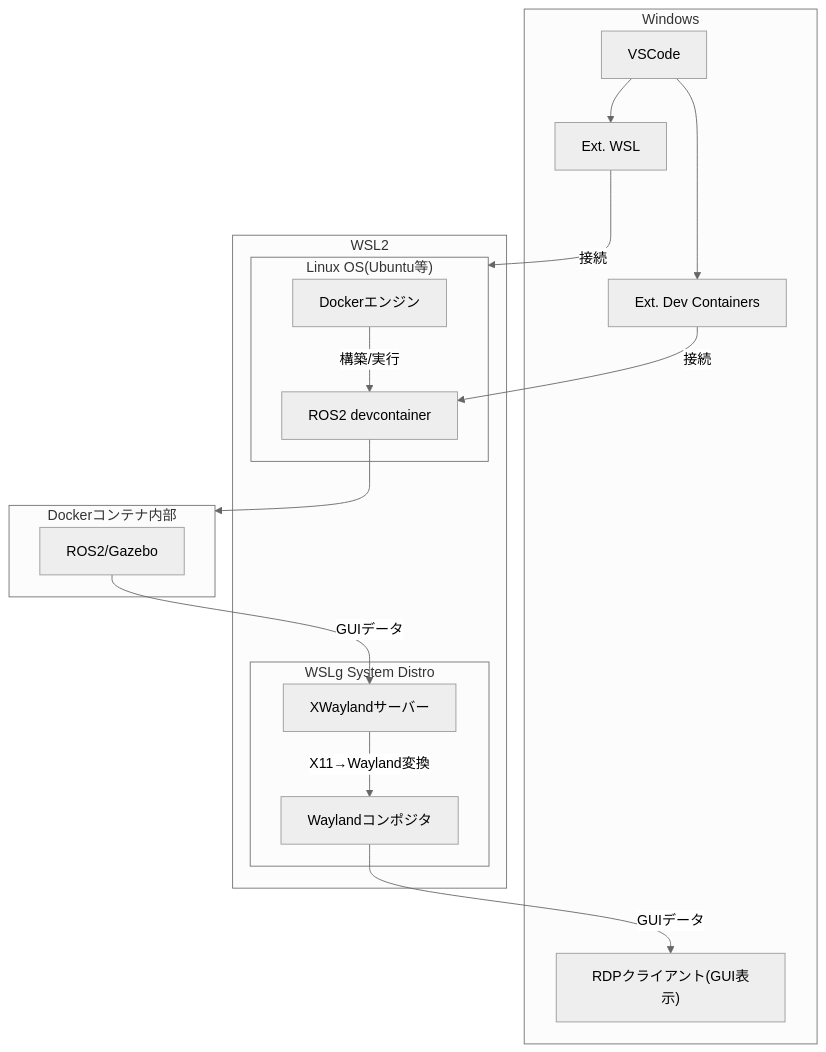
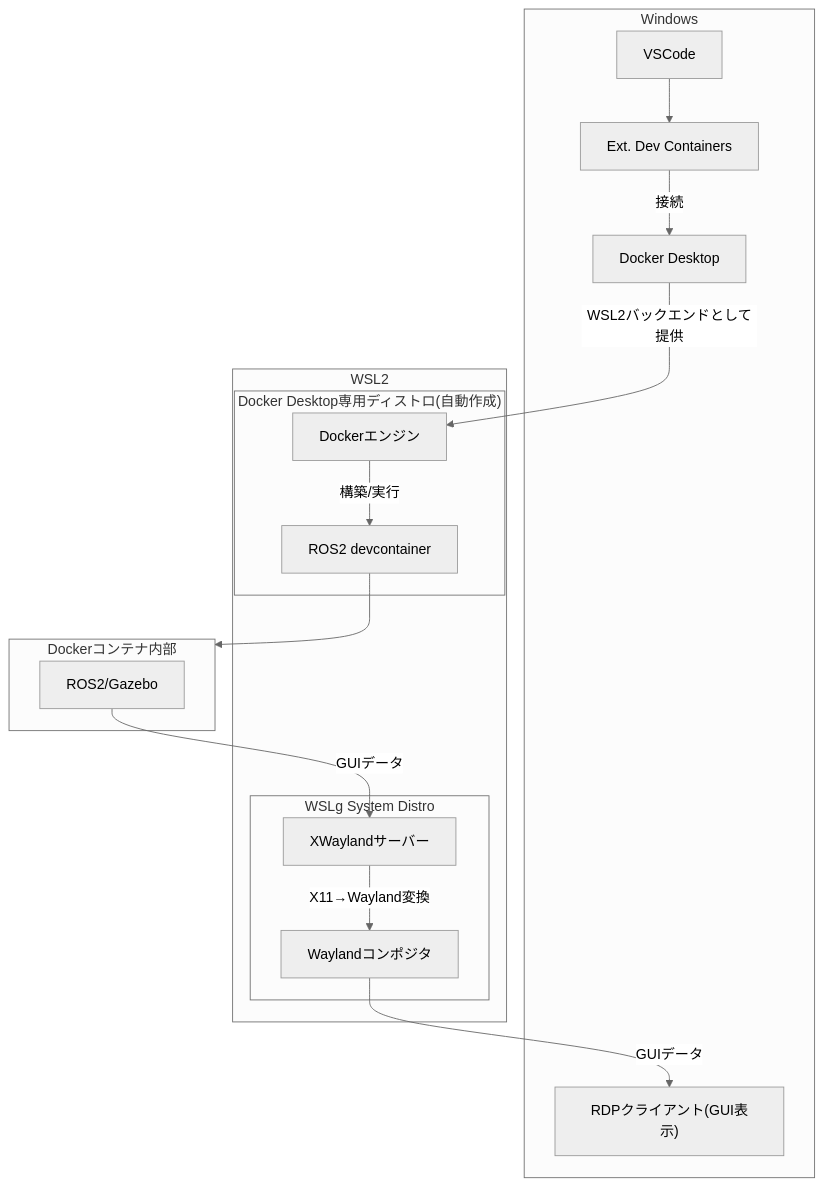
The diagram in doc/devcontainer/understand_devcontainer.md (acchi17/ros2_jazzy_devcontainer), drawn with Mermaid (neutral theme) before and after one commit. The commit also changed other lines of this file, not shown here.

Commit message:
Update understand_devcontainer.md to clarify WSL and Docker Desktop architecture

````diff
--- a/doc/devcontainer/understand_devcontainer.md
+++ b/doc/devcontainer/understand_devcontainer.md
@@ -7,30 +7,30 @@
 ```mermaid
 graph TB
     subgraph Sub1 [Windows]
-        A[VSCode] --> B[Ext. WSL]
-        A --> C[Ext. Dev Containers]
+        A[VSCode] --> C[Ext. Dev Containers]
         D["RDPクライアント(GUI表示)"]
+        E[Docker Desktop]
     end
     
     subgraph Sub2 [WSL2]
-        subgraph Sub21 ["Linux OS(Ubuntu等)"]
+        subgraph Sub23 ["Docker Desktop専用ディストロ(自動作成)"]
             F[Dockerエンジン] -- 構築/実行 --> G[ROS2 devcontainer]
         end
         
         subgraph Sub22 ["WSLg System Distro"]
             W[Waylandコンポジタ]
             X[XWaylandサーバー]
         end
     end
     
-    B -- 接続 --> Sub21
-    C -- 接続 --> G
+    C -- 接続 --> E
+    E -- "WSL2バックエンドとして提供" --> F
     
     subgraph Sub3 [Dockerコンテナ内部]
         H[ROS2/Gazebo] -- "GUIデータ" --> X
     end
 
     G --> Sub3
     X -- "X11→Wayland変換" --> W
     W -- "GUIデータ" --> D
 ```
````
